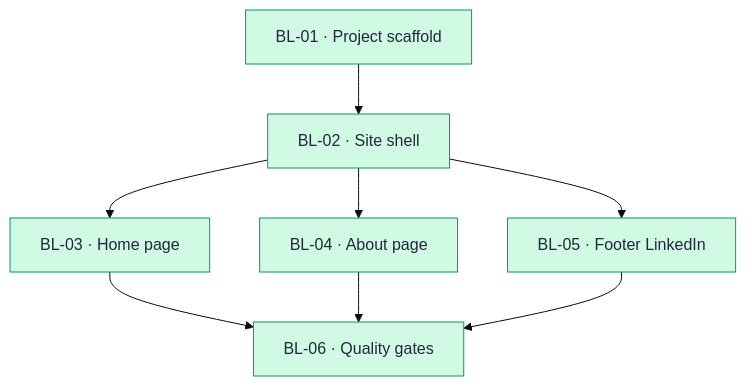
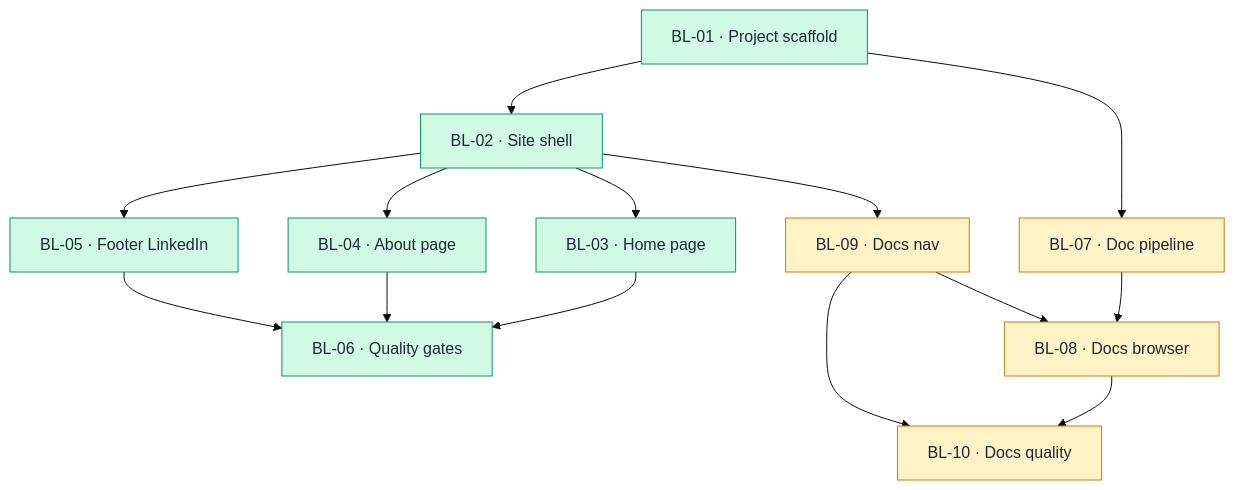
The diagram in 5-dev/backlog.md (mikeshoo35-a11y/website3), drawn with Mermaid (base theme) before and after one commit. The commit also changed other lines of this file and 15 other files, not shown here.

````diff
--- a/5-dev/backlog.md
+++ b/5-dev/backlog.md
@@ -27,22 +35,33 @@
 ```mermaid
 flowchart TD
     BL01["BL-01 · Project scaffold"]
     BL02["BL-02 · Site shell"]
     BL03["BL-03 · Home page"]
     BL04["BL-04 · About page"]
     BL05["BL-05 · Footer LinkedIn"]
     BL06["BL-06 · Quality gates"]
+    BL07["BL-07 · Doc pipeline"]
+    BL08["BL-08 · Docs browser"]
+    BL09["BL-09 · Docs nav"]
+    BL10["BL-10 · Docs quality"]
     BL01 --> BL02
     BL02 --> BL03
     BL02 --> BL04
     BL02 --> BL05
+    BL02 --> BL09
+    BL01 --> BL07
     BL03 --> BL06
     BL04 --> BL06
     BL05 --> BL06
+    BL07 --> BL08
+    BL09 --> BL08
+    BL08 --> BL10
+    BL09 --> BL10
 
     classDef todo fill:#fef3c7,stroke:#d97706,color:#1f2937
     classDef inprogress fill:#dbeafe,stroke:#2563eb,color:#1f2937
     classDef done fill:#d1fae5,stroke:#059669,color:#1f2937
 
     class BL01,BL02,BL03,BL04,BL05,BL06 done
+    class BL07,BL08,BL09,BL10 todo
 ```
````
